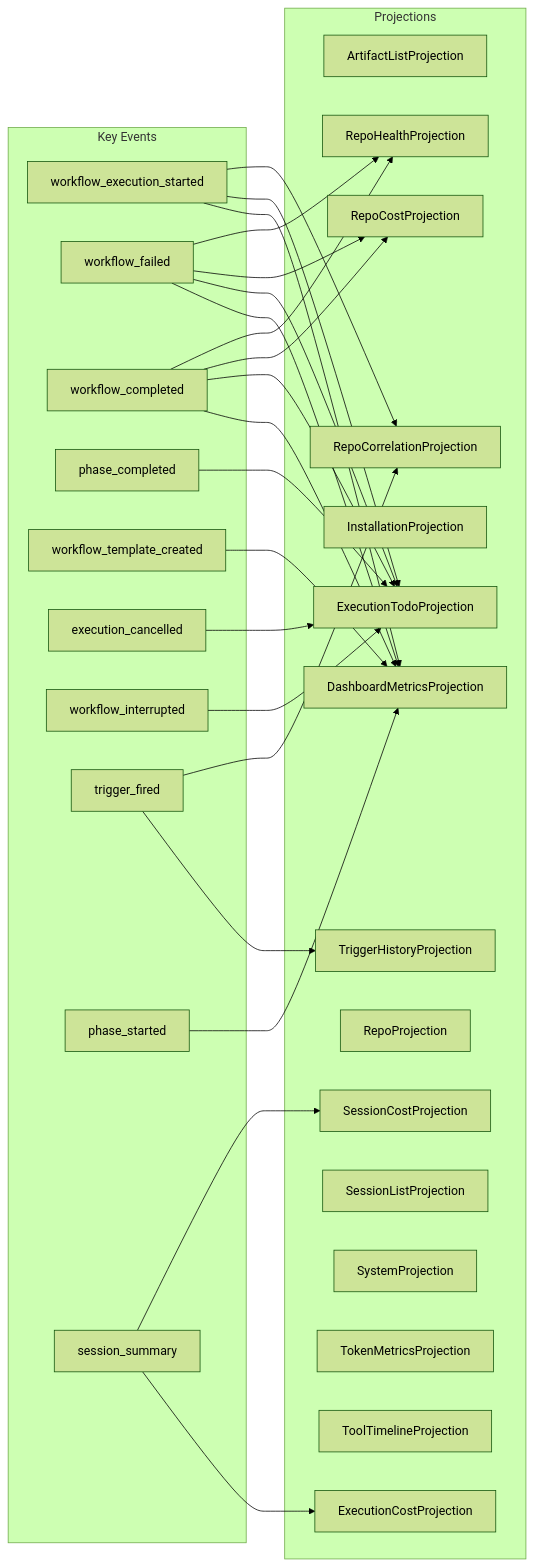
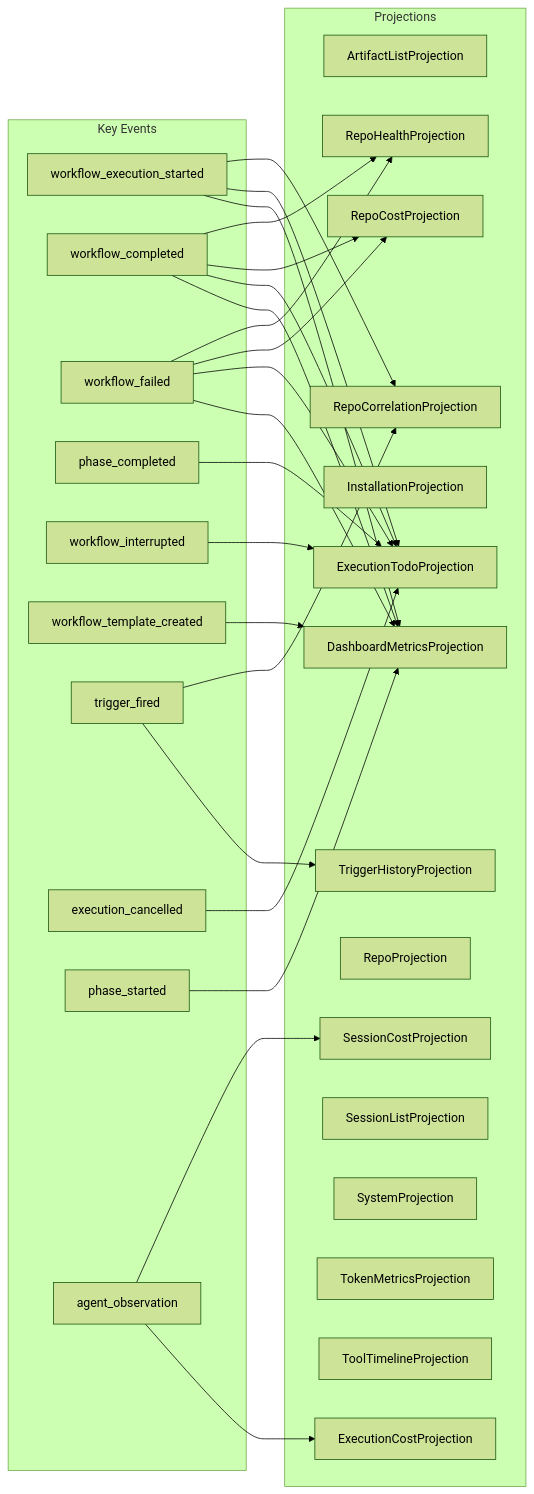
The diagram in docs/architecture/projection-subscriptions.md (syntropic137/syntropic137), drawn with Mermaid (forest theme) before and after one commit. The commit also changed other lines of this file and 4 other files, not shown here.

````diff
--- a/docs/architecture/projection-subscriptions.md
+++ b/docs/architecture/projection-subscriptions.md
@@ -15,54 +15,54 @@
 ```mermaid
 graph LR
     subgraph events["Key Events"]
         e1[workflow_execution_started]
-        e2[workflow_failed]
-        e3[workflow_completed]
+        e2[workflow_completed]
+        e3[workflow_failed]
         e4[phase_completed]
-        e5[workflow_template_created]
-        e6[execution_cancelled]
-        e7[workflow_interrupted]
-        e8[trigger_fired]
+        e5[workflow_interrupted]
+        e6[workflow_template_created]
+        e7[trigger_fired]
+        e8[execution_cancelled]
         e9[phase_started]
-        e10[session_summary]
+        e10[agent_observation]
     end
 
     subgraph projections["Projections"]
         p1[ArtifactListProjection]
         p2[DashboardMetricsProjection]
         p3[ExecutionCostProjection]
         p4[ExecutionTodoProjection]
         p5[InstallationProjection]
         p6[RepoCorrelationProjection]
         p7[RepoCostProjection]
         p8[RepoHealthProjection]
         p9[RepoProjection]
         p10[SessionCostProjection]
         p11[SessionListProjection]
         p12[SystemProjection]
         p13[TokenMetricsProjection]
         p14[ToolTimelineProjection]
         p15[TriggerHistoryProjection]
     end
 
     e10 --> p10
     e10 --> p3
-    e5 --> p2
-    e6 --> p4
+    e4 --> p4
     e2 --> p8
     e2 --> p7
     e2 --> p4
     e2 --> p2
-    e7 --> p4
-    e4 --> p4
-    e8 --> p6
-    e8 --> p15
+    e5 --> p4
     e1 --> p6
     e1 --> p4
     e1 --> p2
+    e6 --> p2
+    e7 --> p6
+    e7 --> p15
+    e8 --> p4
     e3 --> p8
     e3 --> p7
     e3 --> p4
     e3 --> p2
     e9 --> p2
 ```
````
